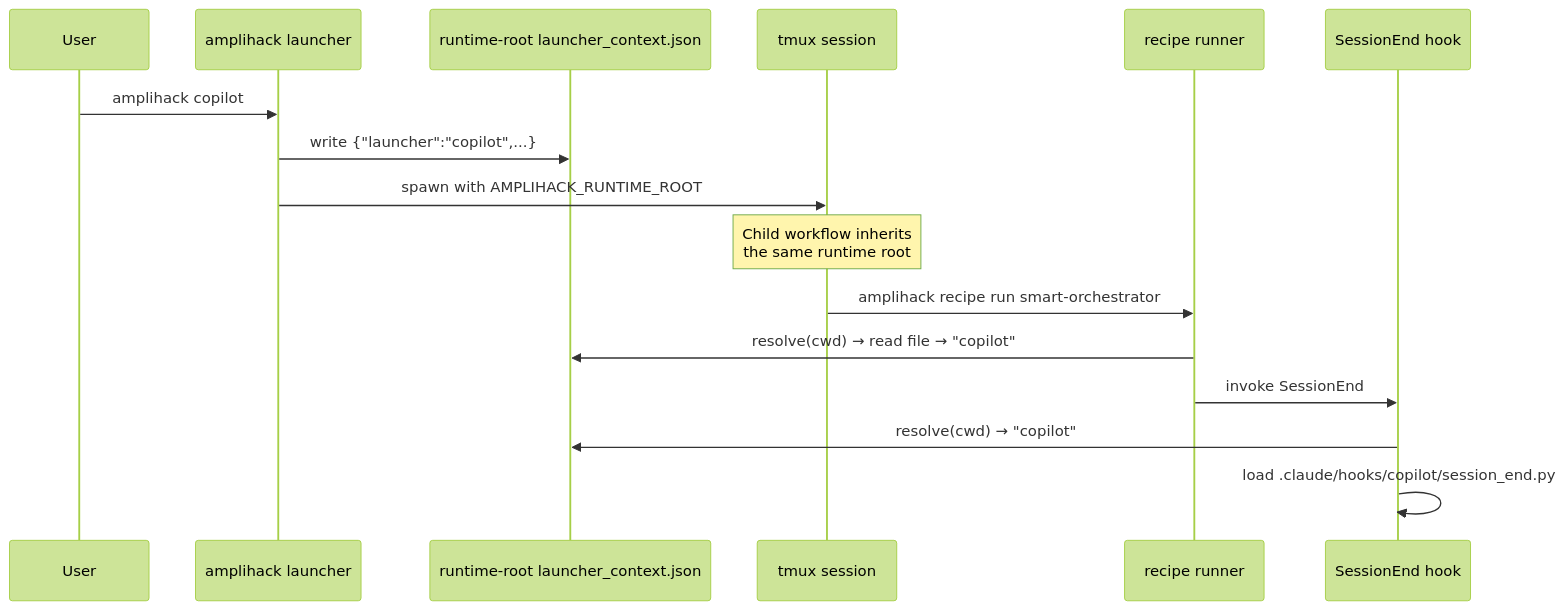
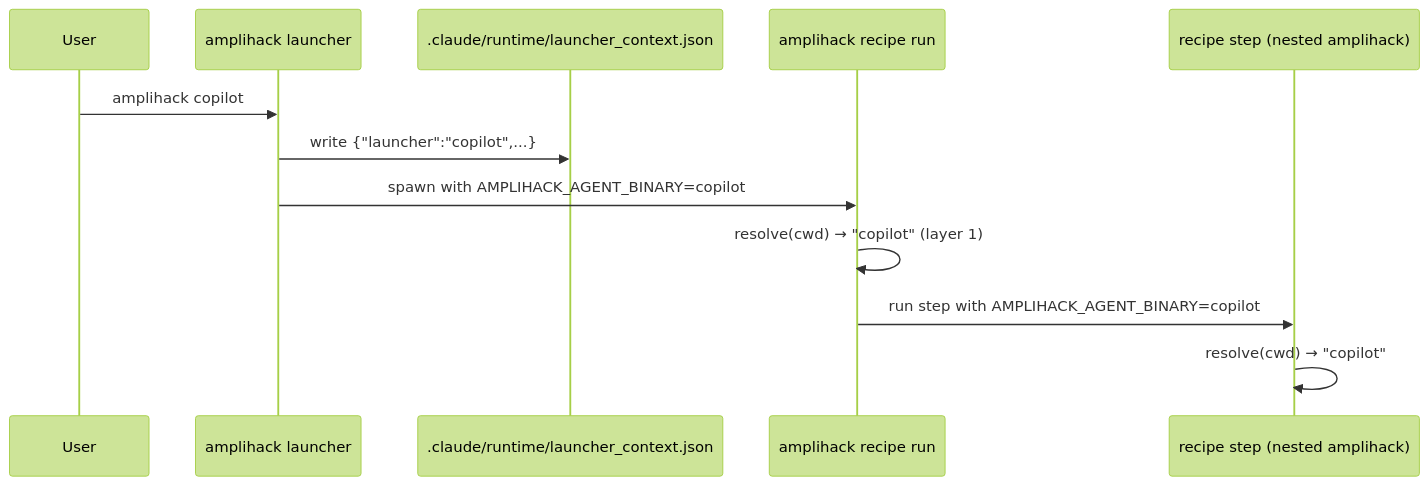
One commit to rysweet/amplihack-rs changed the second of 2 diagrams in docs/concepts/agent-binary-routing.md. Above: the diagram before and after it, drawn with Mermaid (forest theme). The commit also changed other lines of this file and 6 other files, not shown here.

First line of the commit message:
docs(#1481): one precedence story for the agent binary resolver

````diff
--- a/docs/concepts/agent-binary-routing.md
+++ b/docs/concepts/agent-binary-routing.md
@@ -111,19 +111,15 @@
 ```mermaid
 sequenceDiagram
     participant U as User
     participant L as amplihack launcher
-    participant F as runtime-root launcher_context.json
-    participant T as tmux session
-    participant R as recipe runner
-    participant H as SessionEnd hook
+    participant F as .claude/runtime/launcher_context.json
+    participant R as amplihack recipe run
+    participant S as recipe step (nested amplihack)
 
     U->>L: amplihack copilot
     L->>F: write {"launcher":"copilot",...}
-    L->>T: spawn with AMPLIHACK_RUNTIME_ROOT
-    Note over T: Child workflow inherits<br/>the same runtime root
-    T->>R: amplihack recipe run smart-orchestrator
-    R->>F: resolve(cwd) → read file → "copilot"
-    R->>H: invoke SessionEnd
-    H->>F: resolve(cwd) → "copilot"
-    H->>H: load .claude/hooks/copilot/session_end.py
+    L->>R: spawn with AMPLIHACK_AGENT_BINARY=copilot
+    R->>R: resolve(cwd) → "copilot" (layer 1)
+    R->>S: run step with AMPLIHACK_AGENT_BINARY=copilot
+    S->>S: resolve(cwd) → "copilot"
 ```
````
